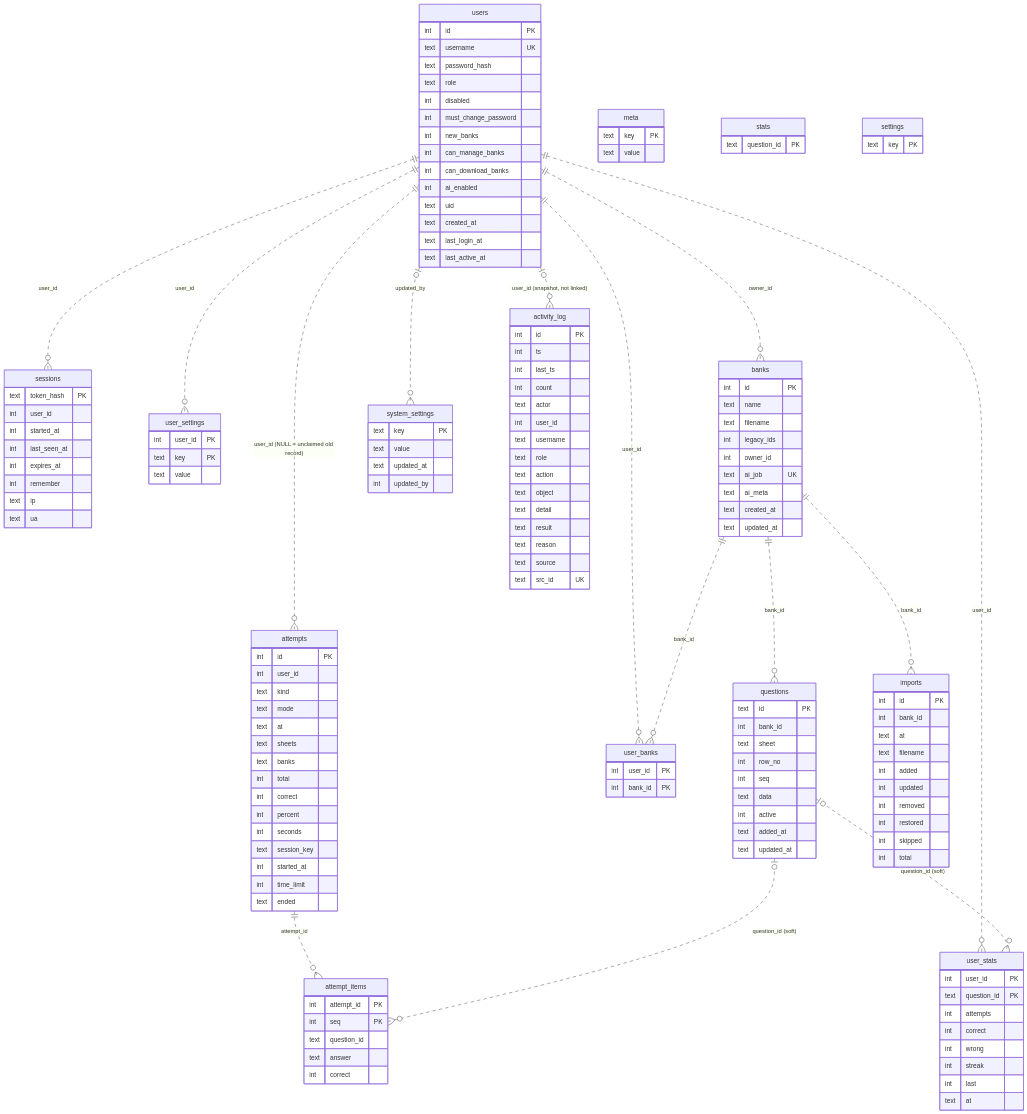
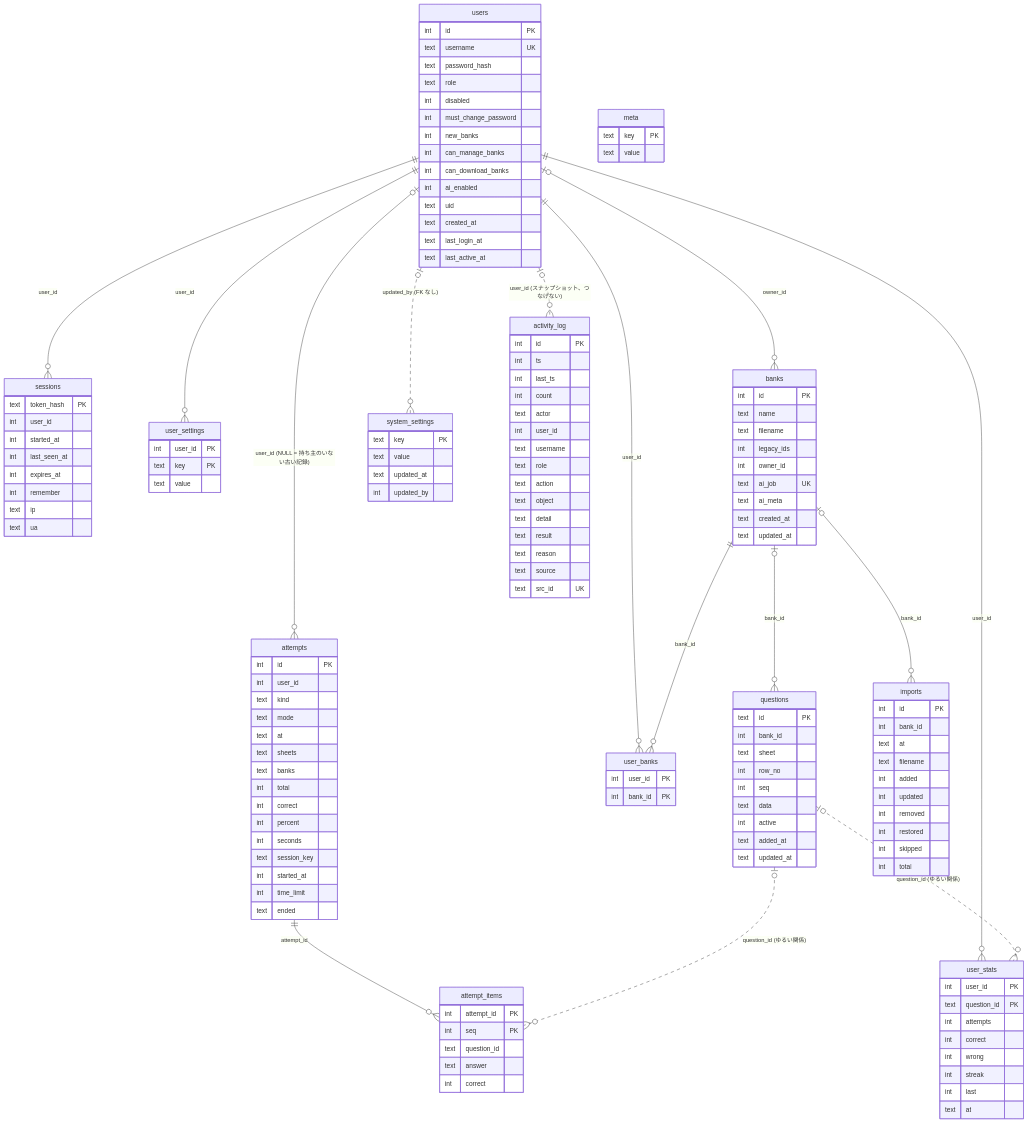
One commit to Yumin-Space/xexam changed the third of 4 diagrams in docs/ja/database.md. Above: the diagram before and after it, drawn with Mermaid. The commit also changed other lines of this file and 73 other files, not shown here.

First line of the commit message:
v2.0: database clean-up (main schema 11 with foreign keys, AI schema 10 without legacy parts)

````diff
--- a/docs/ja/database.md
+++ b/docs/ja/database.md
@@ -710,19 +746,19 @@
 ```mermaid
 erDiagram
-  users ||..o{ sessions : "user_id"
-  users ||..o{ attempts : "user_id (NULL = unclaimed old record)"
-  users ||..o{ user_stats : "user_id"
-  users ||..o{ user_settings : "user_id"
-  users ||..o{ user_banks : "user_id"
-  users ||..o{ banks : "owner_id"
-  users |o..o{ system_settings : "updated_by"
-  users |o..o{ activity_log : "user_id (snapshot, not linked)"
-  banks ||..o{ user_banks : "bank_id"
-  banks ||..o{ questions : "bank_id"
-  banks ||..o{ imports : "bank_id"
-  attempts ||..o{ attempt_items : "attempt_id"
-  questions |o..o{ attempt_items : "question_id (soft)"
-  questions |o..o{ user_stats : "question_id (soft)"
+  users ||--o{ sessions : "user_id"
+  users |o--o{ attempts : "user_id (NULL = 持ち主のいない古い記録)"
+  users ||--o{ user_stats : "user_id"
+  users ||--o{ user_settings : "user_id"
+  users ||--o{ user_banks : "user_id"
+  users |o--o{ banks : "owner_id"
+  users |o..o{ system_settings : "updated_by (FK なし)"
+  users |o..o{ activity_log : "user_id (スナップショット、つなげない)"
+  banks ||--o{ user_banks : "bank_id"
+  banks |o--o{ questions : "bank_id"
+  banks |o--o{ imports : "bank_id"
+  attempts ||--o{ attempt_items : "attempt_id"
+  questions |o..o{ attempt_items : "question_id (ゆるい関係)"
+  questions |o..o{ user_stats : "question_id (ゆるい関係)"
 
   users {
     int id PK
@@ -854,10 +890,4 @@
     text key PK
     text value
   }
-  stats {
-    text question_id PK
-  }
-  settings {
-    text key PK
-  }
 ```
````
